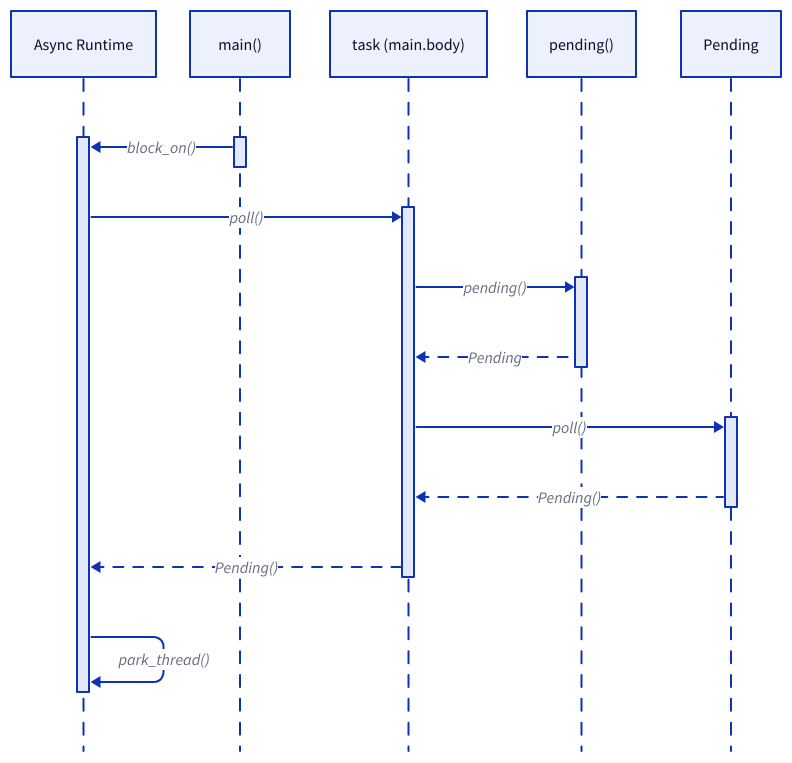
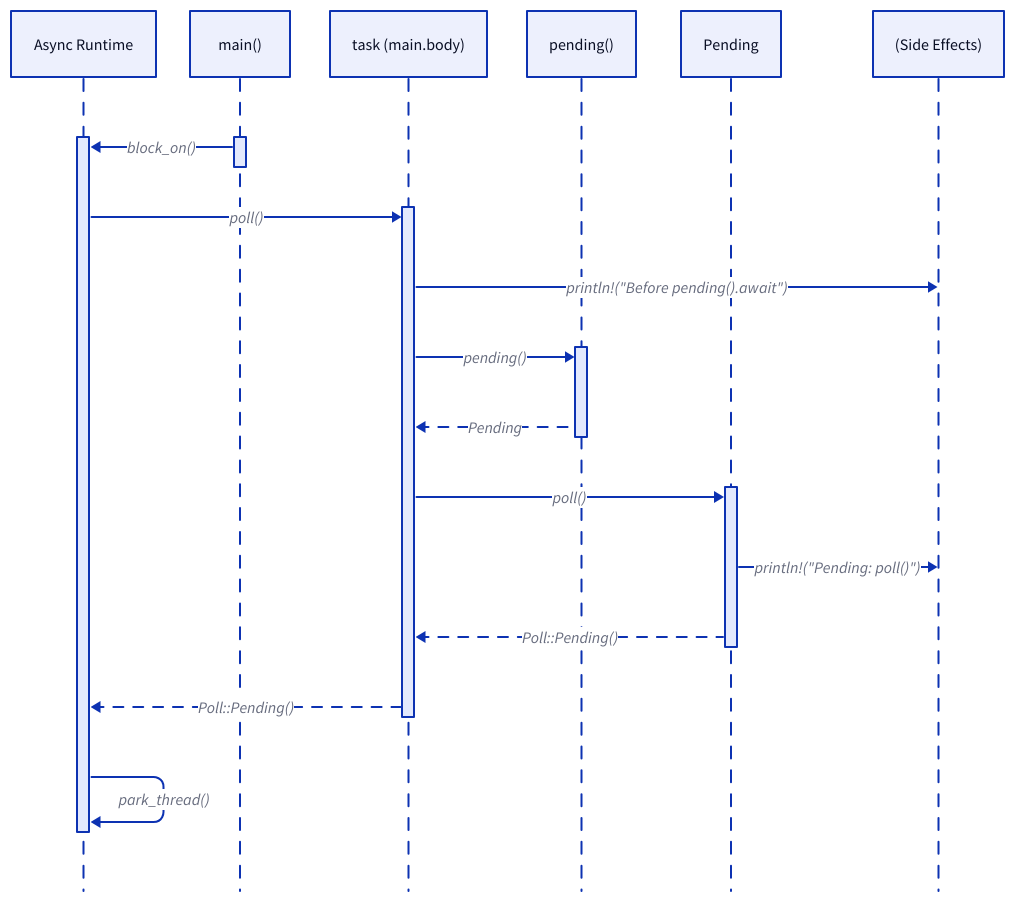
The diagram in resources/understanding-async-await/diagrams/pending-sequence_diagram-v2.d2 (hds/hegdenu.net), drawn with D2 before and after one commit. The commit also changed 11 other files, not shown here.

```diff
--- a/resources/understanding-async-await/diagrams/pending-sequence_diagram-v2.d2
+++ b/resources/understanding-async-await/diagrams/pending-sequence_diagram-v2.d2
@@ -1,25 +1,29 @@
 shape: sequence_diagram
 
 runtime: Async Runtime
 main: main()
 main_task: task (main.body)
 fn_pending: pending()
 pending: Pending
+sa: (Side Effects)
 
 main.fn -> runtime.block: block_on()
 runtime.block -> main_task.fn: poll()
+
+main_task.fn -> sa: println!("Before pending().await")
 
 main_task.fn -> fn_pending.fn: pending()
 main_task.fn <- fn_pending.fn: Pending {
   style.stroke-dash: 5
 }
 
 main_task.fn -> pending.future: poll()
-main_task.fn <- pending.future: Pending() {
+pending.future -> sa: println!("Pending: poll()")
+main_task.fn <- pending.future: Poll::Pending() {
   style.stroke-dash: 5
 }
 
-runtime.block <- main_task.fn: Pending() {
+runtime.block <- main_task.fn: Poll::Pending() {
   style.stroke-dash: 5
 }
 runtime.block -> runtime.block: park_thread()
```
